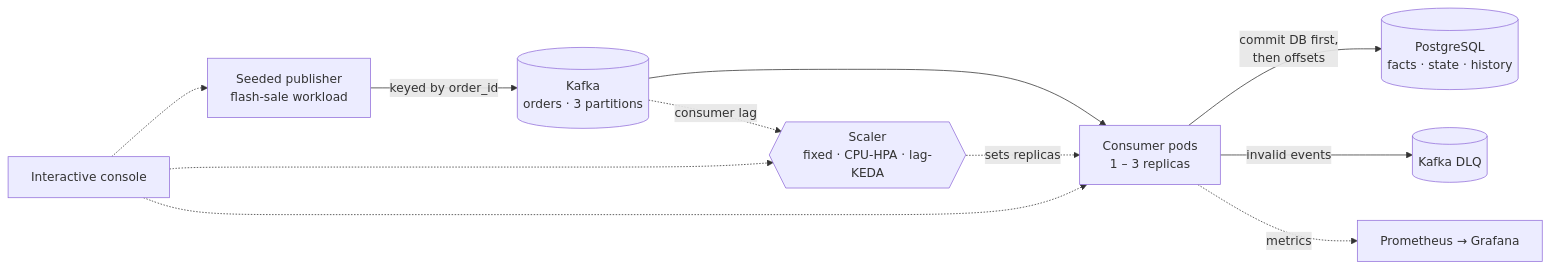
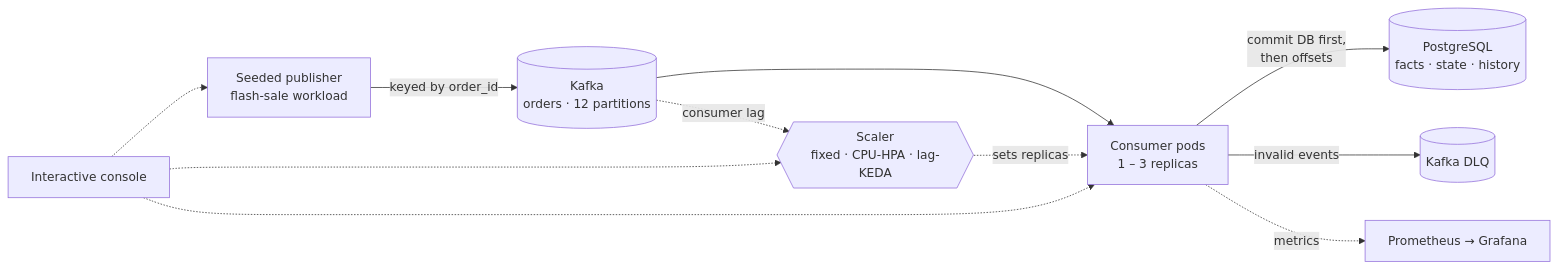
Before and after one commit to 1amKhush/StreamScale: the diagram in README.md, drawn with Mermaid. The commit also changed other lines of this file and 69 other files, not shown here.

````diff
--- a/README.md
+++ b/README.md
@@ -140,11 +141,11 @@
 ```mermaid
 flowchart LR
-    P["Seeded publisher<br/>flash-sale workload"] -->|"keyed by order_id"| K[("Kafka<br/>orders · 3 partitions")]
+    P["Seeded publisher<br/>flash-sale workload"] -->|"keyed by order_id"| K[("Kafka<br/>orders · 12 partitions")]
     K --> C["Consumer pods<br/>1 – 3 replicas"]
     C -->|"commit DB first,<br/>then offsets"| DB[("PostgreSQL<br/>facts · state · history")]
     C -->|"invalid events"| DLQ[("Kafka DLQ")]
     S{{"Scaler<br/>fixed · CPU-HPA · lag-KEDA"}} -.->|"sets replicas"| C
     K -.->|"consumer lag"| S
     C -.->|"metrics"| M["Prometheus → Grafana"]
     UI["Interactive console"] -.-> P & S & C
 ```
````
